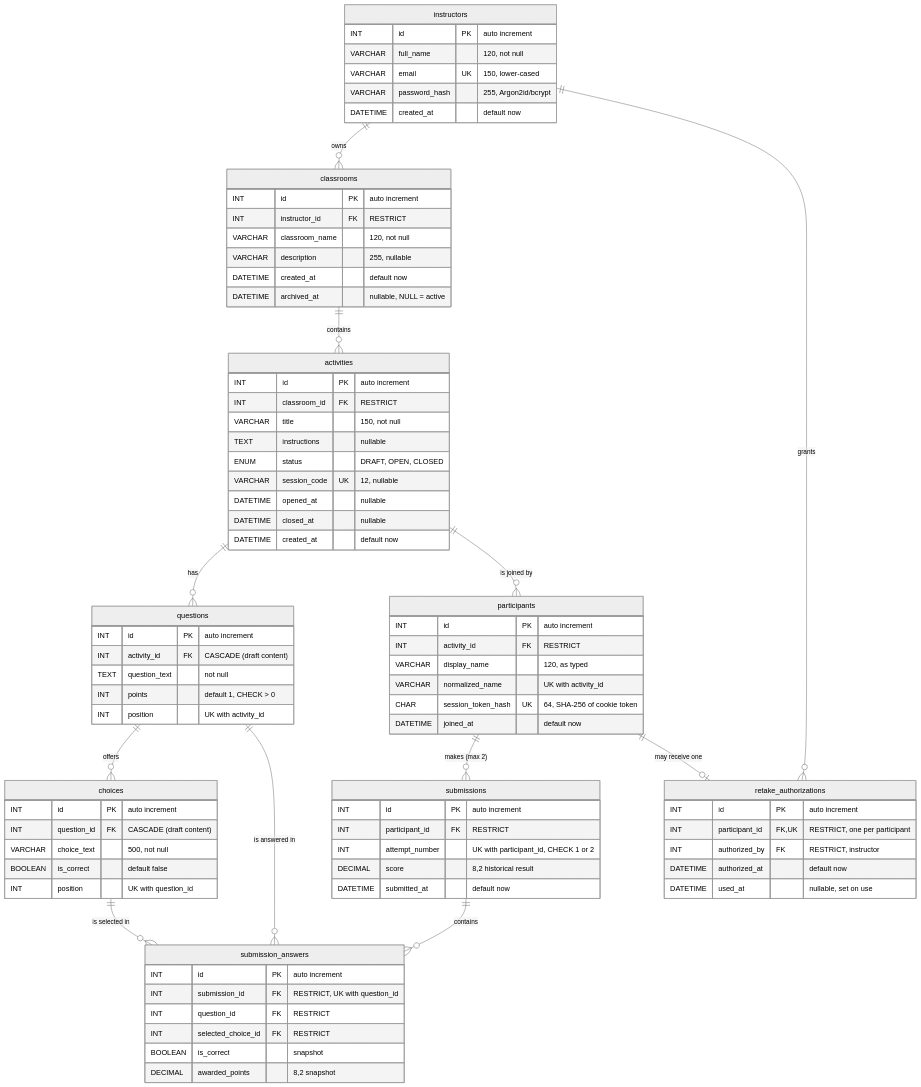
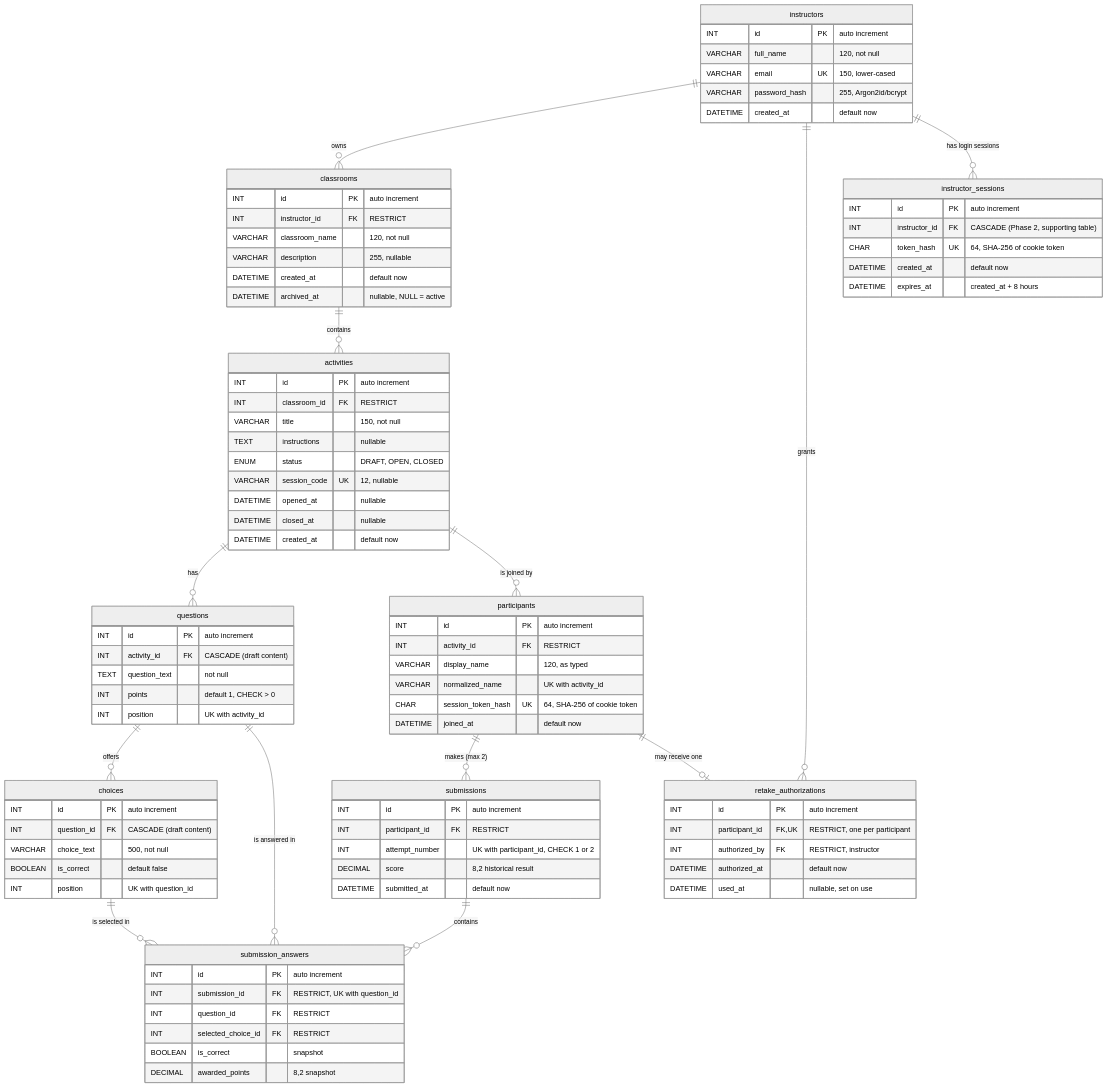
Before and after one commit to chuajanice/Offline-Classroom-Polling-System: the diagram in docs/erd.mmd, drawn with Mermaid (neutral theme). The commit also changed 45 other files, not shown here.

```diff
--- a/docs/erd.mmd
+++ b/docs/erd.mmd
@@ -1,91 +1,100 @@
 erDiagram
     instructors ||--o{ classrooms : "owns"
     classrooms ||--o{ activities : "contains"
     activities ||--o{ questions : "has"
     questions ||--o{ choices : "offers"
     activities ||--o{ participants : "is joined by"
     participants ||--o{ submissions : "makes (max 2)"
     submissions ||--o{ submission_answers : "contains"
     questions ||--o{ submission_answers : "is answered in"
     choices ||--o{ submission_answers : "is selected in"
     participants ||--o| retake_authorizations : "may receive one"
     instructors ||--o{ retake_authorizations : "grants"
+    instructors ||--o{ instructor_sessions : "has login sessions"
 
     instructors {
         INT id PK "auto increment"
         VARCHAR full_name "120, not null"
         VARCHAR email UK "150, lower-cased"
         VARCHAR password_hash "255, Argon2id/bcrypt"
         DATETIME created_at "default now"
     }
 
     classrooms {
         INT id PK "auto increment"
         INT instructor_id FK "RESTRICT"
         VARCHAR classroom_name "120, not null"
         VARCHAR description "255, nullable"
         DATETIME created_at "default now"
         DATETIME archived_at "nullable, NULL = active"
     }
 
     activities {
         INT id PK "auto increment"
         INT classroom_id FK "RESTRICT"
         VARCHAR title "150, not null"
         TEXT instructions "nullable"
         ENUM status "DRAFT, OPEN, CLOSED"
         VARCHAR session_code UK "12, nullable"
         DATETIME opened_at "nullable"
         DATETIME closed_at "nullable"
         DATETIME created_at "default now"
     }
 
     questions {
         INT id PK "auto increment"
         INT activity_id FK "CASCADE (draft content)"
         TEXT question_text "not null"
         INT points "default 1, CHECK > 0"
         INT position "UK with activity_id"
     }
 
     choices {
         INT id PK "auto increment"
         INT question_id FK "CASCADE (draft content)"
         VARCHAR choice_text "500, not null"
         BOOLEAN is_correct "default false"
         INT position "UK with question_id"
     }
 
     participants {
         INT id PK "auto increment"
         INT activity_id FK "RESTRICT"
         VARCHAR display_name "120, as typed"
         VARCHAR normalized_name "UK with activity_id"
         CHAR session_token_hash UK "64, SHA-256 of cookie token"
         DATETIME joined_at "default now"
     }
 
     submissions {
         INT id PK "auto increment"
         INT participant_id FK "RESTRICT"
         INT attempt_number "UK with participant_id, CHECK 1 or 2"
         DECIMAL score "8,2 historical result"
         DATETIME submitted_at "default now"
     }
 
     submission_answers {
         INT id PK "auto increment"
         INT submission_id FK "RESTRICT, UK with question_id"
         INT question_id FK "RESTRICT"
         INT selected_choice_id FK "RESTRICT"
         BOOLEAN is_correct "snapshot"
         DECIMAL awarded_points "8,2 snapshot"
     }
 
     retake_authorizations {
         INT id PK "auto increment"
         INT participant_id FK,UK "RESTRICT, one per participant"
         INT authorized_by FK "RESTRICT, instructor"
         DATETIME authorized_at "default now"
         DATETIME used_at "nullable, set on use"
     }
+
+    instructor_sessions {
+        INT id PK "auto increment"
+        INT instructor_id FK "CASCADE (Phase 2, supporting table)"
+        CHAR token_hash UK "64, SHA-256 of cookie token"
+        DATETIME created_at "default now"
+        DATETIME expires_at "created_at + 8 hours"
+    }
```
